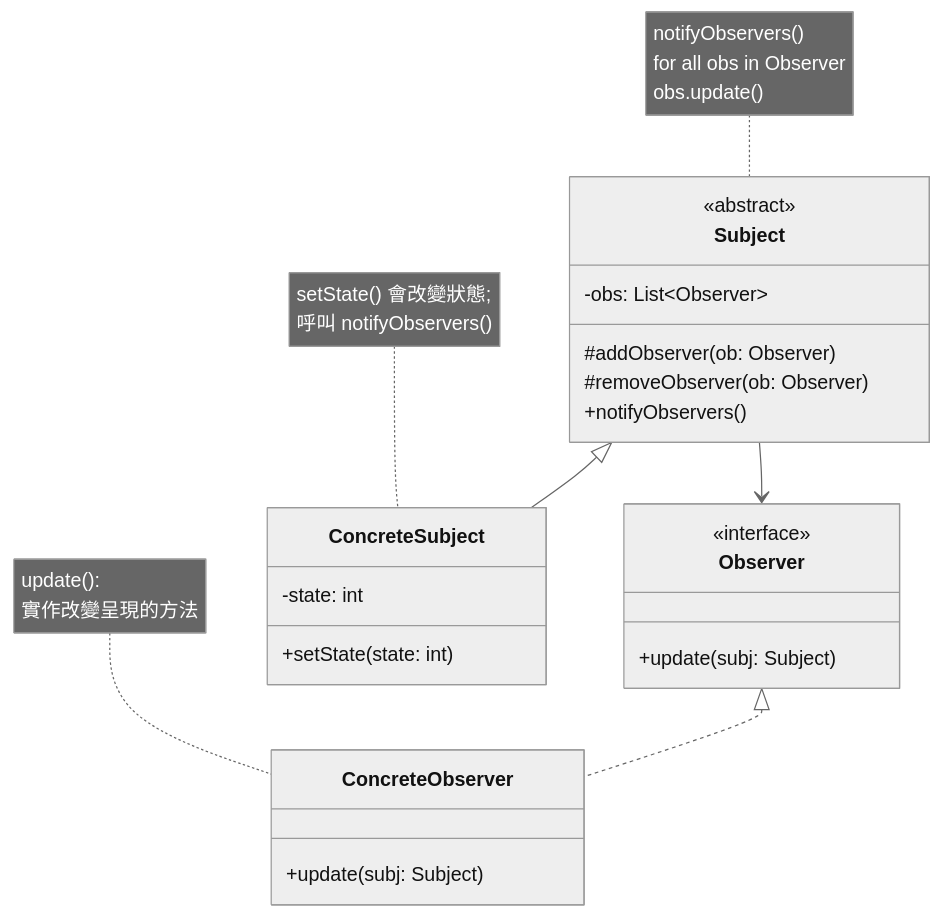
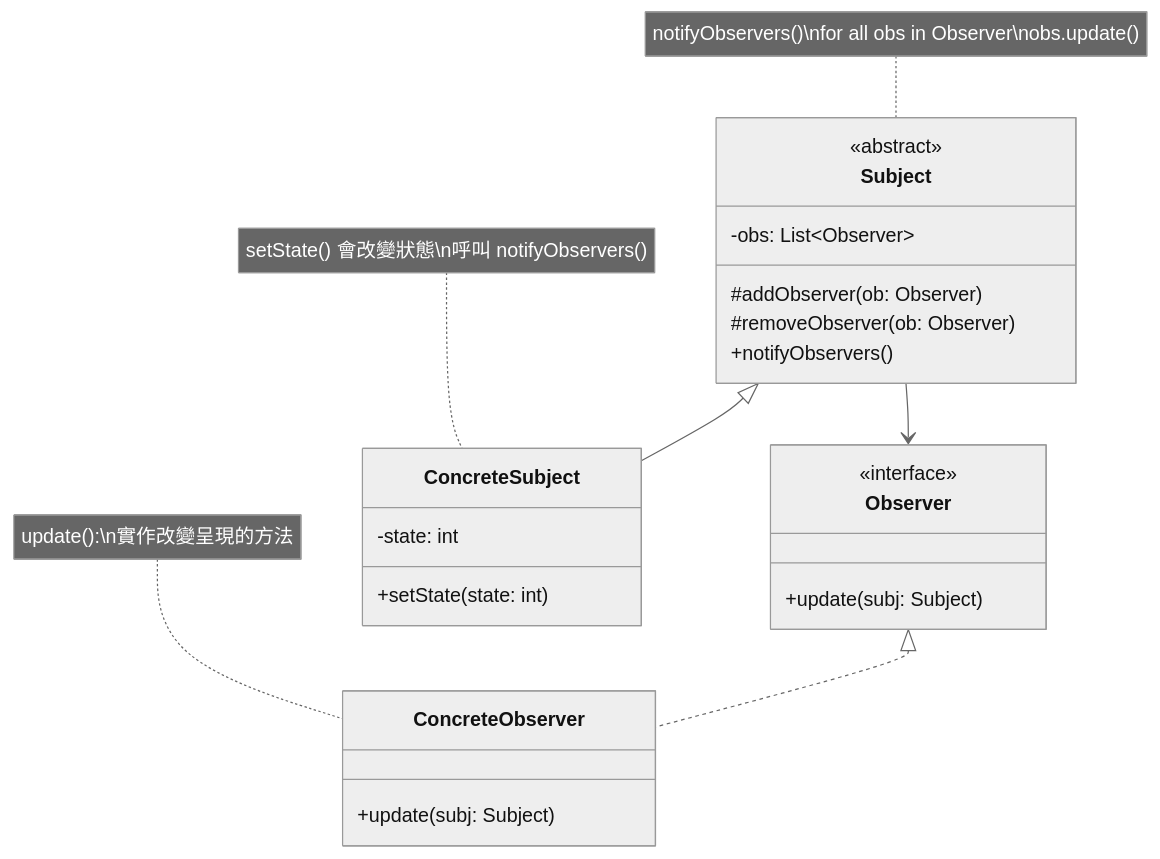
The first of 2 diagrams in Part6_PatternBehavior/ch20_observer.md (nlhsueh/teach_sw_fw), drawn with Mermaid (neutral theme) before and after one commit. The commit also changed other lines of this file and 9 other files, not shown here.

Commit message:
docs: add EX01 結構繪製 to chapters 18-25 and refactor WeatherStationConsumer to have sync/async versions with visual diagram

````diff
--- a/Part6_PatternBehavior/ch20_observer.md
+++ b/Part6_PatternBehavior/ch20_observer.md
@@ -49,32 +49,32 @@
 ```mermaid
 classDiagram
     class Observer {
-        <<interface>>
         +update(subj: Subject)
     }
+    <<interface>> Observer
 
     class Subject {
-        <<abstract>>
         -obs: List~Observer~
         #addObserver(ob: Observer)
         #removeObserver(ob: Observer)
         +notifyObservers()
     }
+    <<abstract>> Subject
 
     class ConcreteSubject {
         -state: int
         +setState(state: int)
     }
 
     class ConcreteObserver {
         +update(subj: Subject)
     }
 
     Subject <|-- ConcreteSubject
     Observer <|.. ConcreteObserver
     Subject --> Observer
 
-    note for Subject "notifyObservers()<br/>for all obs in Observer<br/>obs.update()"
-    note for ConcreteSubject "setState() 會改變狀態;<br/>呼叫 notifyObservers()"
-    note for ConcreteObserver "update():<br/>實作改變呈現的方法"
+    note for Subject "notifyObservers()\nfor all obs in Observer\nobs.update()"
+    note for ConcreteSubject "setState() 會改變狀態\n呼叫 notifyObservers()"
+    note for ConcreteObserver "update():\n實作改變呈現的方法"
 ```
````
